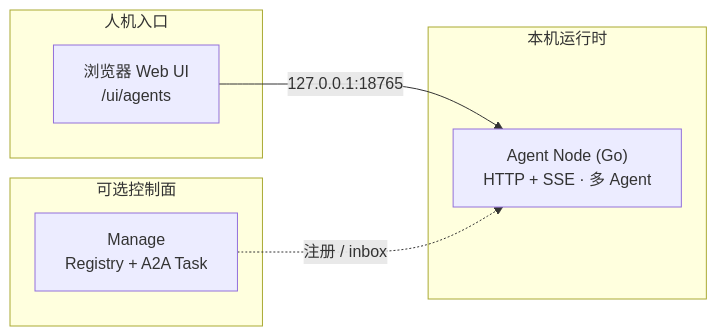
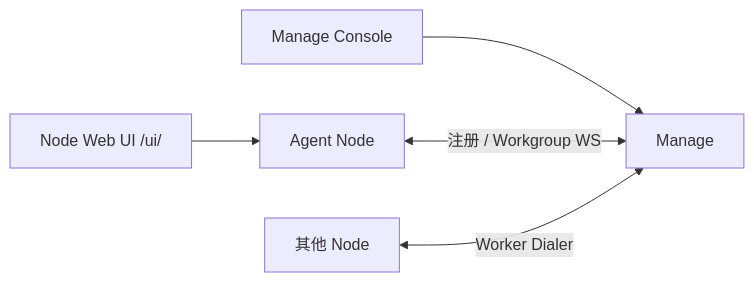
Before and after one commit to DGS-ai-team/DAgents: the diagram in README.md, drawn with Mermaid. The commit also changed other lines of this file and 83 other files, not shown here.

````diff
--- a/README.md
+++ b/README.md
@@ -83,17 +46,7 @@
 ```mermaid
 flowchart LR
-  subgraph clients [人机入口]
-    WEB["浏览器 Web UI<br/>/ui/agents"]
-  end
-
-  subgraph runtime [本机运行时]
-    NODE["Agent Node (Go)<br/>HTTP + SSE · 多 Agent"]
-  end
-
-  subgraph optional [可选控制面]
-    MG["Manage<br/>Registry + A2A Task"]
-  end
-
-  WEB -->|127.0.0.1:18765| NODE
-  MG -.->|注册 / inbox| NODE
+  UI["Node Web UI /ui/"] --> NODE["Agent Node"]
+  CON["Manage Console"] --> MG["Manage"]
+  NODE <-->|注册 / Workgroup WS| MG
+  NODE2["其他 Node"] <-->|Worker Dialer| MG
 ```
````
